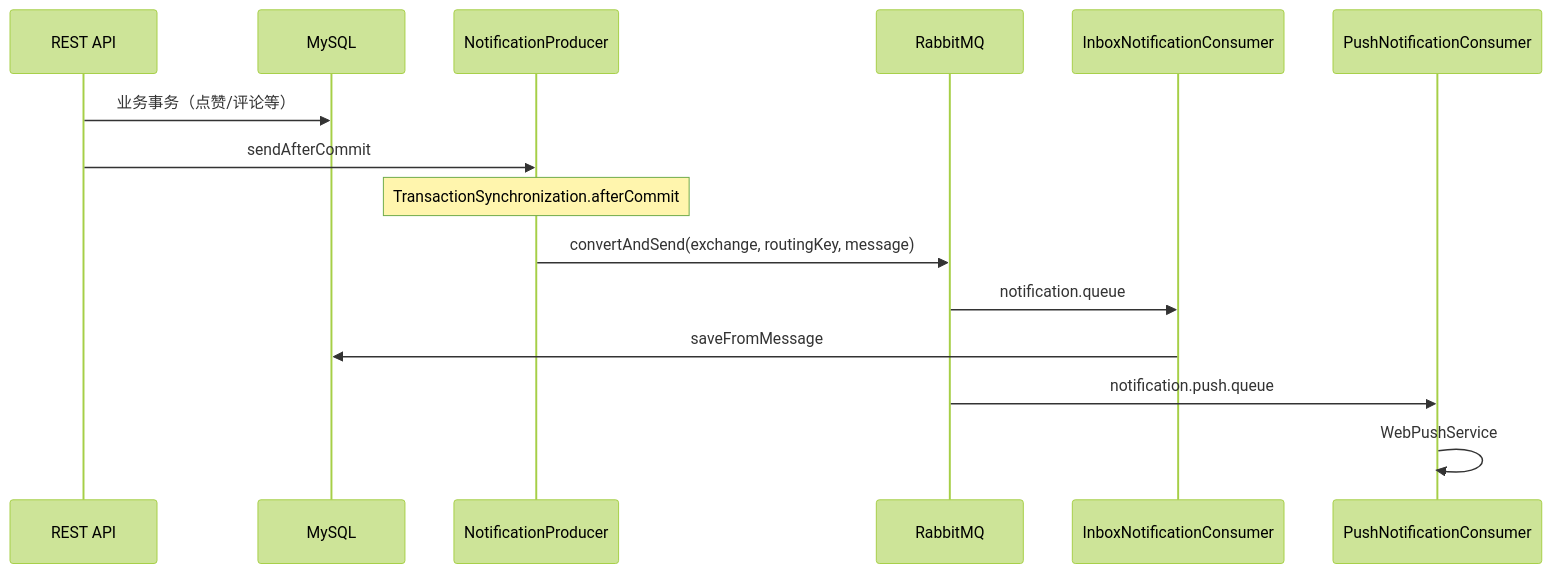
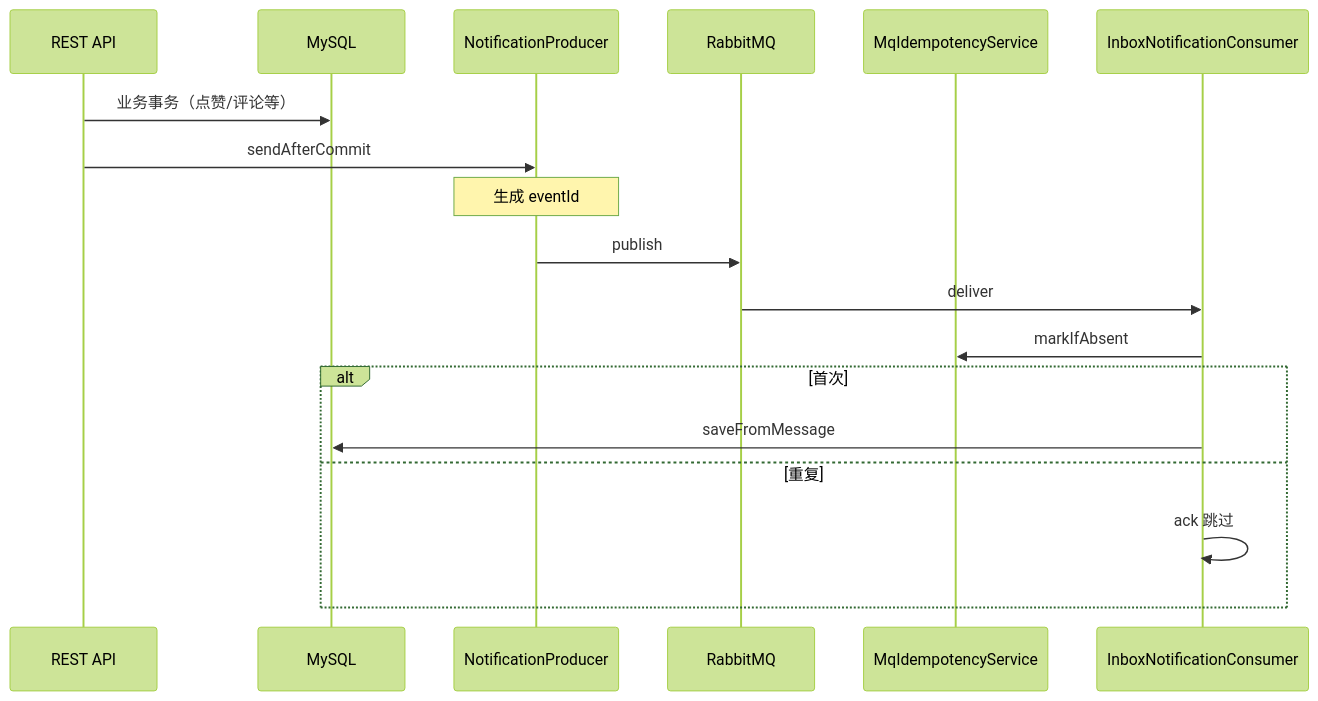
The diagram in docs/notification-flow.md (Marcuschao/InkFlow), drawn with Mermaid (forest theme) before and after one commit. The commit also changed other lines of this file and 33 other files, not shown here.

````diff
--- a/docs/notification-flow.md
+++ b/docs/notification-flow.md
@@ -5,18 +5,21 @@
 ```mermaid
 sequenceDiagram
   participant API as REST API
   participant DB as MySQL
   participant Prod as NotificationProducer
   participant MQ as RabbitMQ
+  participant Redis as MqIdempotencyService
   participant Inbox as InboxNotificationConsumer
-  participant Push as PushNotificationConsumer
 
   API->>DB: 业务事务（点赞/评论等）
   API->>Prod: sendAfterCommit
-  Note over Prod: TransactionSynchronization.afterCommit
-  Prod->>MQ: convertAndSend(exchange, routingKey, message)
-  MQ->>Inbox: notification.queue
-  Inbox->>DB: saveFromMessage
-  MQ->>Push: notification.push.queue
-  Push->>Push: WebPushService
+  Note over Prod: 生成 eventId
+  Prod->>MQ: publish
+  MQ->>Inbox: deliver
+  Inbox->>Redis: markIfAbsent
+  alt 首次
+    Inbox->>DB: saveFromMessage
+  else 重复
+    Inbox->>Inbox: ack 跳过
+  end
 ```
````
